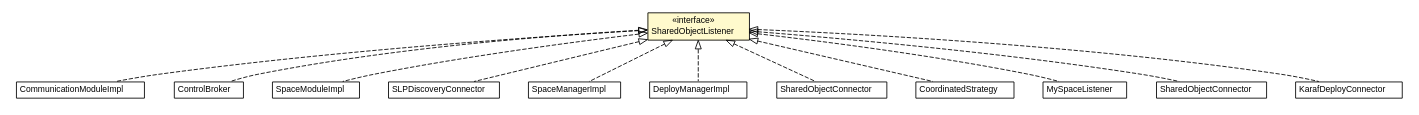
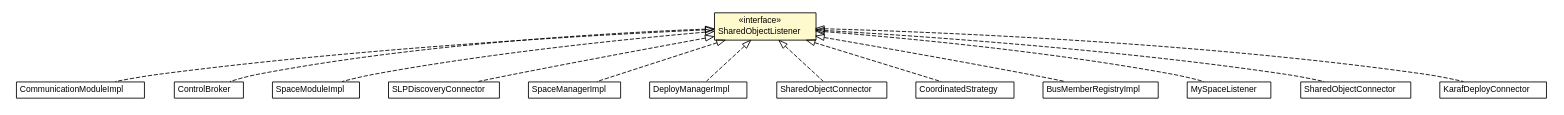
The diagram in mw.pom/apidocs/org/universAAL/middleware/container/SharedObjectListener.dot (universAAL/middleware), drawn with Graphviz before and after one commit. The commit also changed 19 other files, not shown here.

```diff
--- a/mw.pom/apidocs/org/universAAL/middleware/container/SharedObjectListener.dot
+++ b/mw.pom/apidocs/org/universAAL/middleware/container/SharedObjectListener.dot
@@ -1,107 +1,115 @@
 #!/usr/local/bin/dot
 #
 # Class diagram 
 # Generated by UMLGraph version R5_6-24-gf6e263 (http://www.umlgraph.org/)
 #
 
 digraph G {
 	edge [fontname="Helvetica",fontsize=10,labelfontname="Helvetica",labelfontsize=10];
 	node [fontname="Helvetica",fontsize=10,shape=plaintext];
 	nodesep=0.25;
 	ranksep=0.5;
 	// org.universAAL.middleware.container.SharedObjectListener
 	c349441 [label=<<table title="org.universAAL.middleware.container.SharedObjectListener" border="0" cellborder="1" cellspacing="0" cellpadding="2" port="p" bgcolor="lemonChiffon" href="./SharedObjectListener.html">
 		<tr><td><table border="0" cellspacing="0" cellpadding="1">
 <tr><td align="center" balign="center"> &#171;interface&#187; </td></tr>
 <tr><td align="center" balign="center"> SharedObjectListener </td></tr>
 		</table></td></tr>
 		</table>>, URL="./SharedObjectListener.html", fontname="Helvetica", fontcolor="black", fontsize=10.0];
 	// org.universAAL.middleware.modules.communication.CommunicationModuleImpl
 	c349686 [label=<<table title="org.universAAL.middleware.modules.communication.CommunicationModuleImpl" border="0" cellborder="1" cellspacing="0" cellpadding="2" port="p" href="../modules/communication/CommunicationModuleImpl.html">
 		<tr><td><table border="0" cellspacing="0" cellpadding="1">
 <tr><td align="center" balign="center"> CommunicationModuleImpl </td></tr>
 		</table></td></tr>
 		</table>>, URL="../modules/communication/CommunicationModuleImpl.html", fontname="Helvetica", fontcolor="black", fontsize=10.0];
 	// org.universAAL.middleware.brokers.control.ControlBroker
 	c349710 [label=<<table title="org.universAAL.middleware.brokers.control.ControlBroker" border="0" cellborder="1" cellspacing="0" cellpadding="2" port="p" href="../brokers/control/ControlBroker.html">
 		<tr><td><table border="0" cellspacing="0" cellpadding="1">
 <tr><td align="center" balign="center"> ControlBroker </td></tr>
 		</table></td></tr>
 		</table>>, URL="../brokers/control/ControlBroker.html", fontname="Helvetica", fontcolor="black", fontsize=10.0];
 	// org.universAAL.middleware.modules.space.SpaceModuleImpl
 	c349712 [label=<<table title="org.universAAL.middleware.modules.space.SpaceModuleImpl" border="0" cellborder="1" cellspacing="0" cellpadding="2" port="p" href="../modules/space/SpaceModuleImpl.html">
 		<tr><td><table border="0" cellspacing="0" cellpadding="1">
 <tr><td align="center" balign="center"> SpaceModuleImpl </td></tr>
 		</table></td></tr>
 		</table>>, URL="../modules/space/SpaceModuleImpl.html", fontname="Helvetica", fontcolor="black", fontsize=10.0];
 	// org.universAAL.middleware.connectors.discovery.slp.SLPDiscoveryConnector
 	c349713 [label=<<table title="org.universAAL.middleware.connectors.discovery.slp.SLPDiscoveryConnector" border="0" cellborder="1" cellspacing="0" cellpadding="2" port="p" href="../connectors/discovery/slp/SLPDiscoveryConnector.html">
 		<tr><td><table border="0" cellspacing="0" cellpadding="1">
 <tr><td align="center" balign="center"> SLPDiscoveryConnector </td></tr>
 		</table></td></tr>
 		</table>>, URL="../connectors/discovery/slp/SLPDiscoveryConnector.html", fontname="Helvetica", fontcolor="black", fontsize=10.0];
 	// org.universAAL.middleware.managers.space.SpaceManagerImpl
 	c349716 [label=<<table title="org.universAAL.middleware.managers.space.SpaceManagerImpl" border="0" cellborder="1" cellspacing="0" cellpadding="2" port="p" href="../managers/space/SpaceManagerImpl.html">
 		<tr><td><table border="0" cellspacing="0" cellpadding="1">
 <tr><td align="center" balign="center"> SpaceManagerImpl </td></tr>
 		</table></td></tr>
 		</table>>, URL="../managers/space/SpaceManagerImpl.html", fontname="Helvetica", fontcolor="black", fontsize=10.0];
 	// org.universAAL.middleware.managers.deploy.DeployManagerImpl
 	c349724 [label=<<table title="org.universAAL.middleware.managers.deploy.DeployManagerImpl" border="0" cellborder="1" cellspacing="0" cellpadding="2" port="p" href="../managers/deploy/DeployManagerImpl.html">
 		<tr><td><table border="0" cellspacing="0" cellpadding="1">
 <tr><td align="center" balign="center"> DeployManagerImpl </td></tr>
 		</table></td></tr>
 		</table>>, URL="../managers/deploy/DeployManagerImpl.html", fontname="Helvetica", fontcolor="black", fontsize=10.0];
 	// org.universAAL.middleware.managers.configuration.core.impl.secondaryManagers.SharedObjectConnector
 	c349744 [label=<<table title="org.universAAL.middleware.managers.configuration.core.impl.secondaryManagers.SharedObjectConnector" border="0" cellborder="1" cellspacing="0" cellpadding="2" port="p" href="../managers/configuration/core/impl/secondaryManagers/SharedObjectConnector.html">
 		<tr><td><table border="0" cellspacing="0" cellpadding="1">
 <tr><td align="center" balign="center"> SharedObjectConnector </td></tr>
 		</table></td></tr>
 		</table>>, URL="../managers/configuration/core/impl/secondaryManagers/SharedObjectConnector.html", fontname="Helvetica", fontcolor="black", fontsize=10.0];
 	// org.universAAL.middleware.ui.impl.generic.CoordinatedStrategy
 	c349884 [label=<<table title="org.universAAL.middleware.ui.impl.generic.CoordinatedStrategy" border="0" cellborder="1" cellspacing="0" cellpadding="2" port="p" href="../ui/impl/generic/CoordinatedStrategy.html">
 		<tr><td><table border="0" cellspacing="0" cellpadding="1">
 <tr><td align="center" balign="center"> CoordinatedStrategy </td></tr>
 		</table></td></tr>
 		</table>>, URL="../ui/impl/generic/CoordinatedStrategy.html", fontname="Helvetica", fontcolor="black", fontsize=10.0];
+	// org.universAAL.middleware.tracker.impl.BusMemberRegistryImpl
+	c349924 [label=<<table title="org.universAAL.middleware.tracker.impl.BusMemberRegistryImpl" border="0" cellborder="1" cellspacing="0" cellpadding="2" port="p" href="../tracker/impl/BusMemberRegistryImpl.html">
+		<tr><td><table border="0" cellspacing="0" cellpadding="1">
+<tr><td align="center" balign="center"> BusMemberRegistryImpl </td></tr>
+		</table></td></tr>
+		</table>>, URL="../tracker/impl/BusMemberRegistryImpl.html", fontname="Helvetica", fontcolor="black", fontsize=10.0];
 	// org.universAAL.middleware.managers.distributedmw.impl.MySpaceListener
 	c349948 [label=<<table title="org.universAAL.middleware.managers.distributedmw.impl.MySpaceListener" border="0" cellborder="1" cellspacing="0" cellpadding="2" port="p" href="../managers/distributedmw/impl/MySpaceListener.html">
 		<tr><td><table border="0" cellspacing="0" cellpadding="1">
 <tr><td align="center" balign="center"> MySpaceListener </td></tr>
 		</table></td></tr>
 		</table>>, URL="../managers/distributedmw/impl/MySpaceListener.html", fontname="Helvetica", fontcolor="black", fontsize=10.0];
 	// org.universAAL.middleware.managers.distributedmw.impl.SharedObjectConnector
 	c349955 [label=<<table title="org.universAAL.middleware.managers.distributedmw.impl.SharedObjectConnector" border="0" cellborder="1" cellspacing="0" cellpadding="2" port="p" href="../managers/distributedmw/impl/SharedObjectConnector.html">
 		<tr><td><table border="0" cellspacing="0" cellpadding="1">
 <tr><td align="center" balign="center"> SharedObjectConnector </td></tr>
 		</table></td></tr>
 		</table>>, URL="../managers/distributedmw/impl/SharedObjectConnector.html", fontname="Helvetica", fontcolor="black", fontsize=10.0];
 	// org.universAAL.middleware.connectors.deploy.karaf.KarafDeployConnector
 	c349991 [label=<<table title="org.universAAL.middleware.connectors.deploy.karaf.KarafDeployConnector" border="0" cellborder="1" cellspacing="0" cellpadding="2" port="p" href="../connectors/deploy/karaf/KarafDeployConnector.html">
 		<tr><td><table border="0" cellspacing="0" cellpadding="1">
 <tr><td align="center" balign="center"> KarafDeployConnector </td></tr>
 		</table></td></tr>
 		</table>>, URL="../connectors/deploy/karaf/KarafDeployConnector.html", fontname="Helvetica", fontcolor="black", fontsize=10.0];
 	//org.universAAL.middleware.modules.communication.CommunicationModuleImpl implements org.universAAL.middleware.container.SharedObjectListener
 	c349441:p -> c349686:p [dir=back,arrowtail=empty,style=dashed];
 	//org.universAAL.middleware.brokers.control.ControlBroker implements org.universAAL.middleware.container.SharedObjectListener
 	c349441:p -> c349710:p [dir=back,arrowtail=empty,style=dashed];
 	//org.universAAL.middleware.modules.space.SpaceModuleImpl implements org.universAAL.middleware.container.SharedObjectListener
 	c349441:p -> c349712:p [dir=back,arrowtail=empty,style=dashed];
 	//org.universAAL.middleware.connectors.discovery.slp.SLPDiscoveryConnector implements org.universAAL.middleware.container.SharedObjectListener
 	c349441:p -> c349713:p [dir=back,arrowtail=empty,style=dashed];
 	//org.universAAL.middleware.managers.space.SpaceManagerImpl implements org.universAAL.middleware.container.SharedObjectListener
 	c349441:p -> c349716:p [dir=back,arrowtail=empty,style=dashed];
 	//org.universAAL.middleware.managers.deploy.DeployManagerImpl implements org.universAAL.middleware.container.SharedObjectListener
 	c349441:p -> c349724:p [dir=back,arrowtail=empty,style=dashed];
 	//org.universAAL.middleware.managers.configuration.core.impl.secondaryManagers.SharedObjectConnector implements org.universAAL.middleware.container.SharedObjectListener
 	c349441:p -> c349744:p [dir=back,arrowtail=empty,style=dashed];
 	//org.universAAL.middleware.ui.impl.generic.CoordinatedStrategy implements org.universAAL.middleware.container.SharedObjectListener
 	c349441:p -> c349884:p [dir=back,arrowtail=empty,style=dashed];
+	//org.universAAL.middleware.tracker.impl.BusMemberRegistryImpl implements org.universAAL.middleware.container.SharedObjectListener
+	c349441:p -> c349924:p [dir=back,arrowtail=empty,style=dashed];
 	//org.universAAL.middleware.managers.distributedmw.impl.MySpaceListener implements org.universAAL.middleware.container.SharedObjectListener
 	c349441:p -> c349948:p [dir=back,arrowtail=empty,style=dashed];
 	//org.universAAL.middleware.managers.distributedmw.impl.SharedObjectConnector implements org.universAAL.middleware.container.SharedObjectListener
 	c349441:p -> c349955:p [dir=back,arrowtail=empty,style=dashed];
 	//org.universAAL.middleware.connectors.deploy.karaf.KarafDeployConnector implements org.universAAL.middleware.container.SharedObjectListener
 	c349441:p -> c349991:p [dir=back,arrowtail=empty,style=dashed];
 }
```
